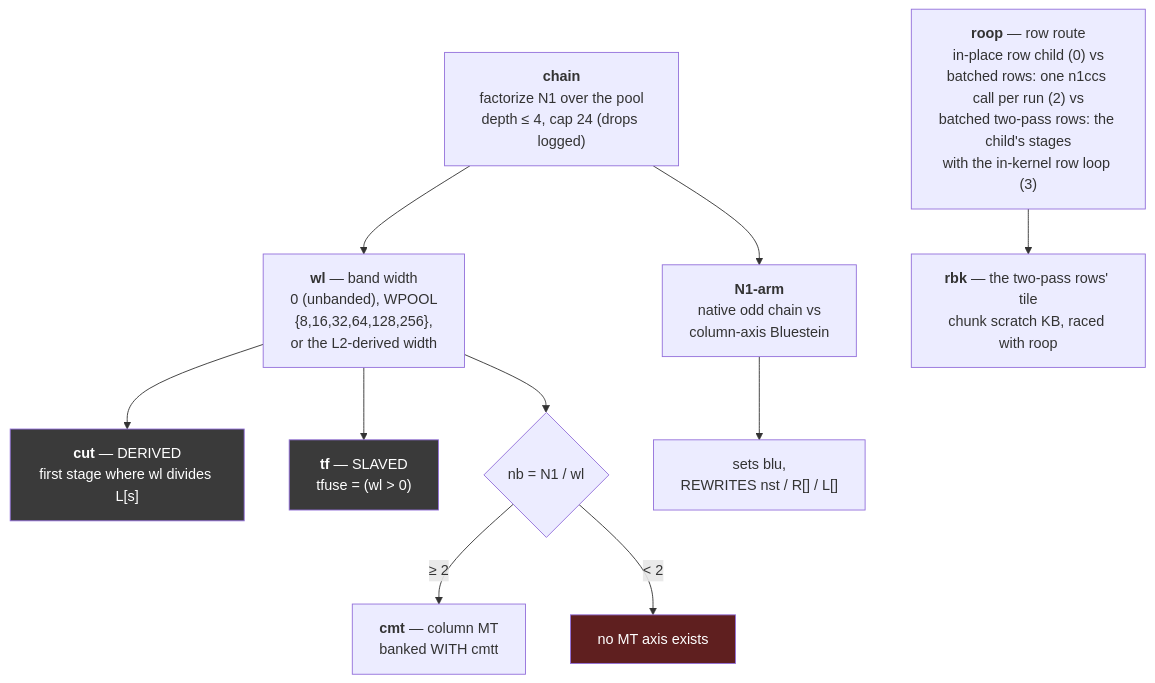
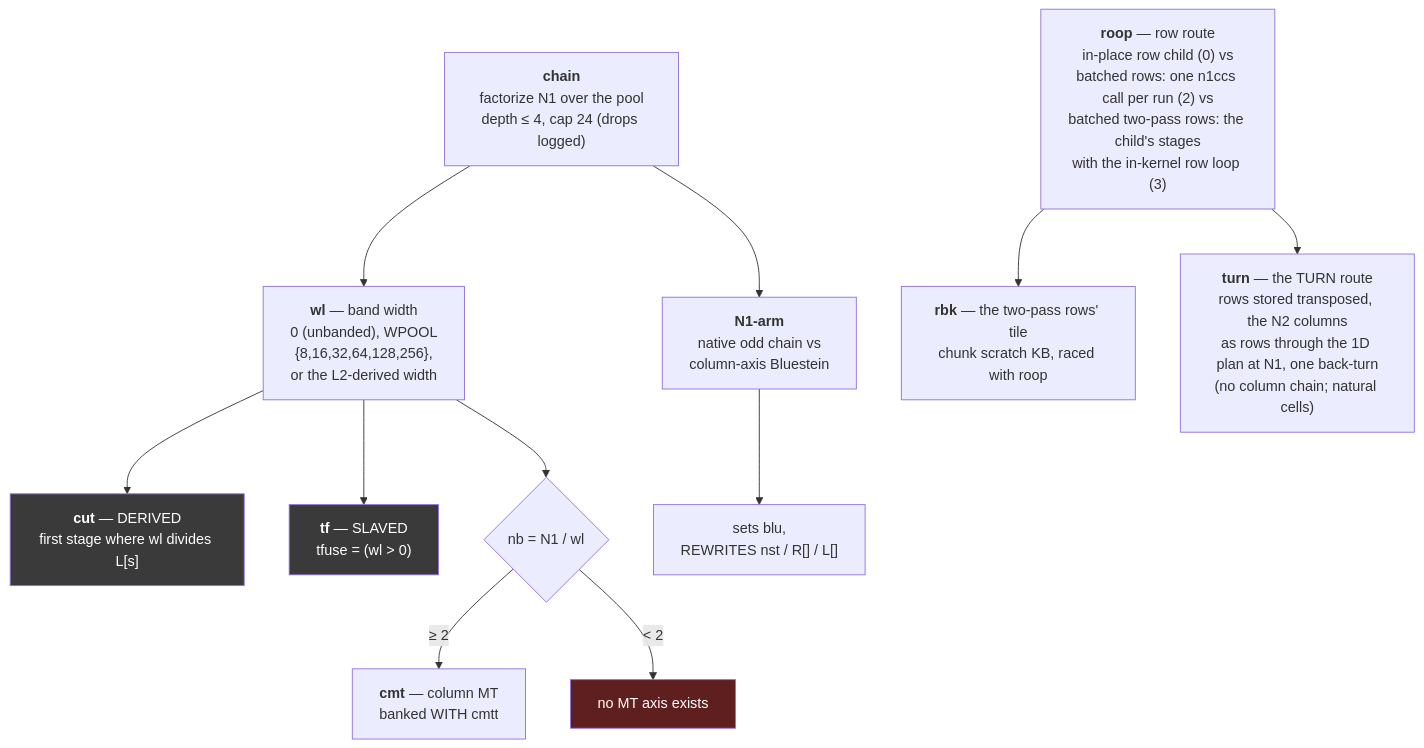
Before and after one commit to Tugbars/VectorFFT: the eighth of 14 diagrams in docs/design/planning_model.md, drawn with Mermaid. The commit also changed 10 other files, not shown here.

````diff
--- a/docs/design/planning_model.md
+++ b/docs/design/planning_model.md
@@ -648,17 +648,18 @@
 ```mermaid
 flowchart TD
     CH["<b>chain</b><br/>factorize N1 over the pool<br/>depth &le; 4, cap 24 (drops logged)"] --> WL["<b>wl</b> — band width<br/>0 (unbanded), WPOOL<br/>{8,16,32,64,128,256},<br/>or the L2-derived width"]
     WL --> CUT["<b>cut</b> — DERIVED<br/>first stage where wl divides L[s]"]
     WL --> TF["<b>tf</b> — SLAVED<br/>tfuse = (wl &gt; 0)"]
     WL --> NB{"nb = N1 / wl"}
     NB -->|"&ge; 2"| CMT["<b>cmt</b> — column MT<br/>banked WITH cmtt"]
     NB -->|"&lt; 2"| NOMT["no MT axis exists"]
     CH --> N1A["<b>N1-arm</b><br/>native odd chain vs<br/>column-axis Bluestein"]
     N1A --> BLU["sets blu,<br/>REWRITES nst / R[] / L[]"]
     ROOP["<b>roop</b> — row route<br/>in-place row child (0) vs<br/>batched rows: one n1ccs call per run (2) vs<br/>batched two-pass rows: the child's stages<br/>with the in-kernel row loop (3)"]
     ROOP --> RBK["<b>rbk</b> — the two-pass rows' tile<br/>chunk scratch KB, raced with roop"]
+    ROOP --> TURN["<b>turn</b> — the TURN route<br/>rows stored transposed, the N2 columns<br/>as rows through the 1D plan at N1, one back-turn<br/>(no column chain; natural cells)"]
 
     style NOMT fill:#5f1f1f,color:#fff
     style CUT fill:#3a3a3a,color:#fff
     style TF fill:#3a3a3a,color:#fff
 ```
````
